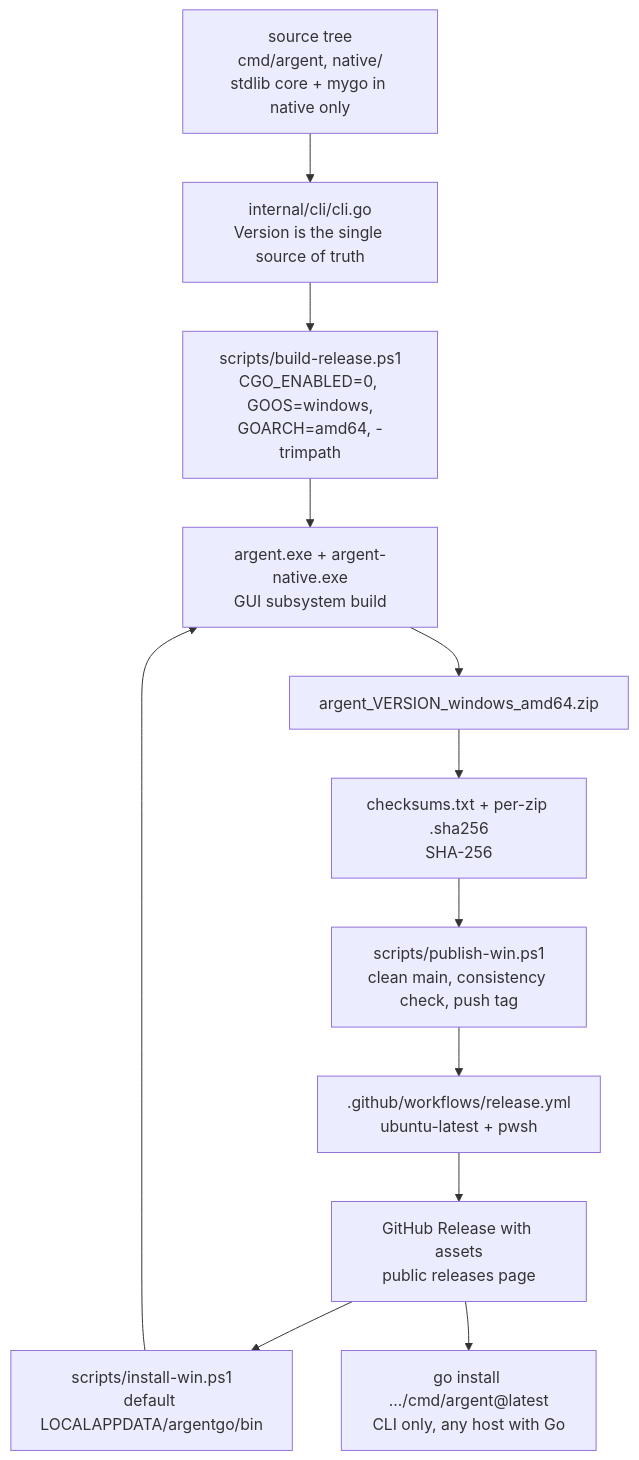
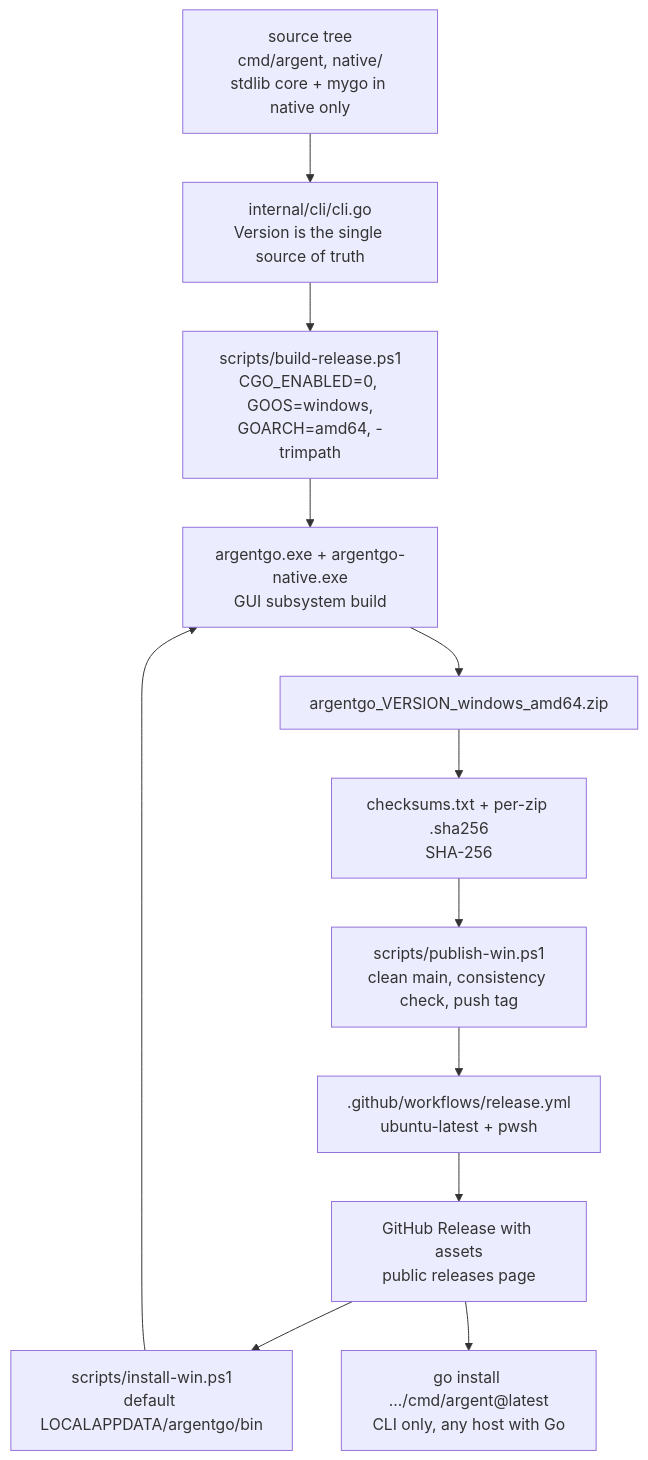
The fifth of 5 diagrams in docs/TECHNICAL.md (2118505078xyh1/argentgo), drawn with Mermaid before and after one commit. The commit also changed other lines of this file and 105 other files, not shown here.

````diff
--- a/docs/TECHNICAL.md
+++ b/docs/TECHNICAL.md
@@ -251,21 +251,21 @@
 ```mermaid
 flowchart TB
   SRC["source tree<br/>cmd/argent, native/<br/>stdlib core + mygo in native only"]
   VER["internal/cli/cli.go<br/>Version is the single source of truth"]
   BUILD["scripts/build-release.ps1<br/>CGO_ENABLED=0, GOOS=windows,<br/>GOARCH=amd64, -trimpath"]
-  BIN["argent.exe + argent-native.exe<br/>GUI subsystem build"]
-  ZIP["argent_VERSION_windows_amd64.zip"]
+  BIN["argentgo.exe + argentgo-native.exe<br/>GUI subsystem build"]
+  ZIP["argentgo_VERSION_windows_amd64.zip"]
   SUMS["checksums.txt + per-zip .sha256<br/>SHA-256"]
   PUB["scripts/publish-win.ps1<br/>clean main, consistency check, push tag"]
   CI[".github/workflows/release.yml<br/>ubuntu-latest + pwsh"]
   REL["GitHub Release with assets<br/>public releases page"]
   INST["scripts/install-win.ps1<br/>default LOCALAPPDATA/argentgo/bin"]
   GOI["go install .../cmd/argent@latest<br/>CLI only, any host with Go"]
 
   SRC --> VER --> BUILD --> BIN
   BIN --> ZIP --> SUMS --> PUB
   PUB --> CI --> REL
   REL --> INST
   REL --> GOI
   INST --> BIN
 ```
````
